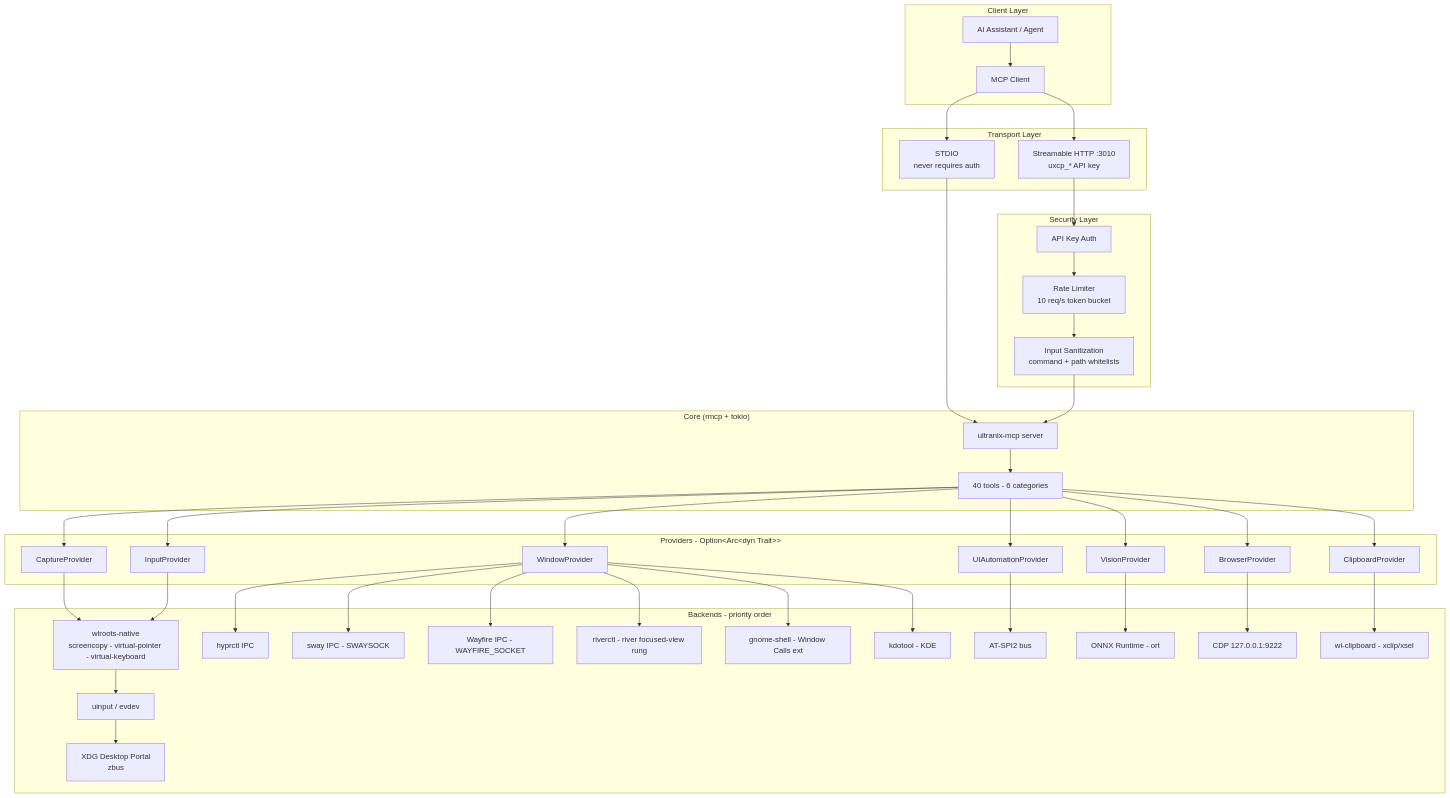
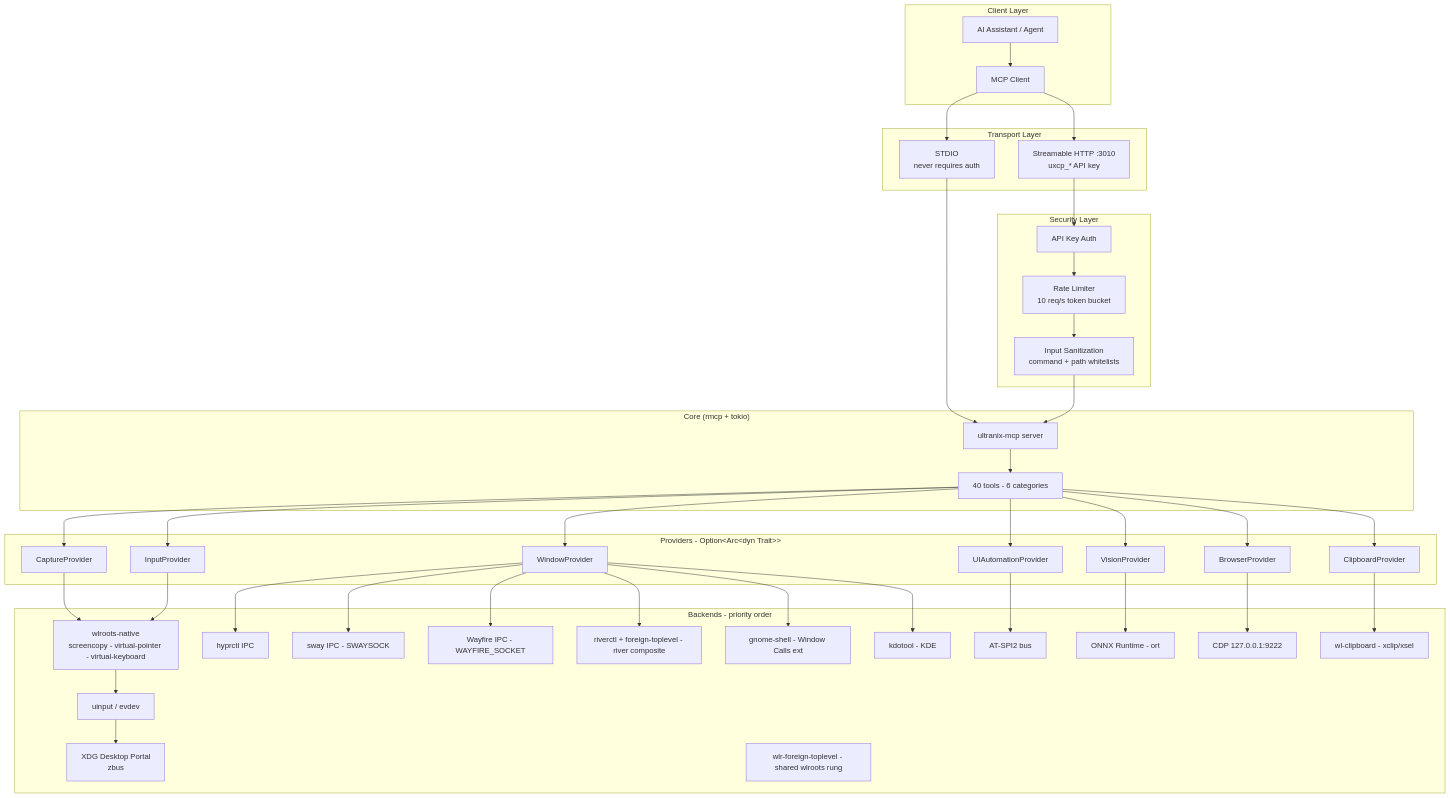
One commit to jxoesneon/ultranix-mcp changed the diagram in README.md. Above: the diagram before and after it, drawn with Mermaid. The commit also changed other lines of this file and 11 other files, not shown here.

First line of the commit message:
wlroots breadth wave: shared foreign-toplevel rung, river composite, stream long-poll

````diff
--- a/README.md
+++ b/README.md
@@ -148,75 +154,76 @@
 ```mermaid
 graph TB
     subgraph "Client Layer"
         AI[AI Assistant / Agent]
         MCP[MCP Client]
     end
 
     subgraph "Transport Layer"
         STDIO[STDIO<br/>never requires auth]
         HTTP[Streamable HTTP :3010<br/>uxcp_* API key]
     end
 
     subgraph "Security Layer"
         AUTH[API Key Auth]
         RATE[Rate Limiter<br/>10 req/s token bucket]
         SAN[Input Sanitization<br/>command + path whitelists]
     end
 
     subgraph "Core (rmcp + tokio)"
         SERVER[ultranix-mcp server]
         TOOLS[40 tools - 6 categories]
     end
 
     subgraph "Providers - Option&lt;Arc&lt;dyn Trait&gt;&gt;"
         CAP[CaptureProvider]
         INP[InputProvider]
         UIA[UIAutomationProvider]
         WIN[WindowProvider]
         VIS[VisionProvider]
         BRW[BrowserProvider]
         CLIP[ClipboardProvider]
     end
 
     subgraph "Backends - priority order"
         WLR[wlroots-native<br/>screencopy - virtual-pointer - virtual-keyboard]
         UIN[uinput / evdev]
         PORTAL[XDG Desktop Portal<br/>zbus]
         HYPR[hyprctl IPC]
         SWAY[sway IPC - SWAYSOCK]
         WF[Wayfire IPC - WAYFIRE_SOCKET]
-        RIV[riverctl - river focused-view rung]
+        RIV[riverctl + foreign-toplevel - river composite]
+        WTOP[wlr-foreign-toplevel - shared wlroots rung]
         GS[gnome-shell - Window Calls ext]
         KDOT[kdotool - KDE]
         ATSPI[AT-SPI2 bus]
         ORT[ONNX Runtime - ort]
         CDP[CDP 127.0.0.1:9222]
         WLC[wl-clipboard - xclip/xsel]
     end
 
     AI --> MCP
     MCP --> STDIO
     MCP --> HTTP
     STDIO --> SERVER
     HTTP --> AUTH --> RATE --> SAN --> SERVER
     SERVER --> TOOLS
     TOOLS --> CAP
     TOOLS --> INP
     TOOLS --> UIA
     TOOLS --> WIN
     TOOLS --> VIS
     TOOLS --> BRW
     TOOLS --> CLIP
     CAP --> WLR
     INP --> WLR --> UIN --> PORTAL
     WIN --> HYPR
     WIN --> SWAY
     WIN --> WF
     WIN --> RIV
     WIN --> GS
     WIN --> KDOT
     UIA --> ATSPI
     VIS --> ORT
     BRW --> CDP
     CLIP --> WLC
 ```
````
